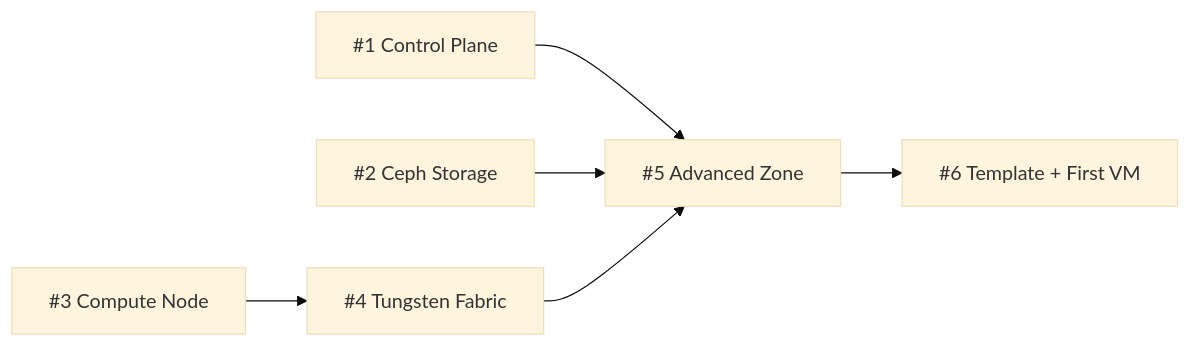
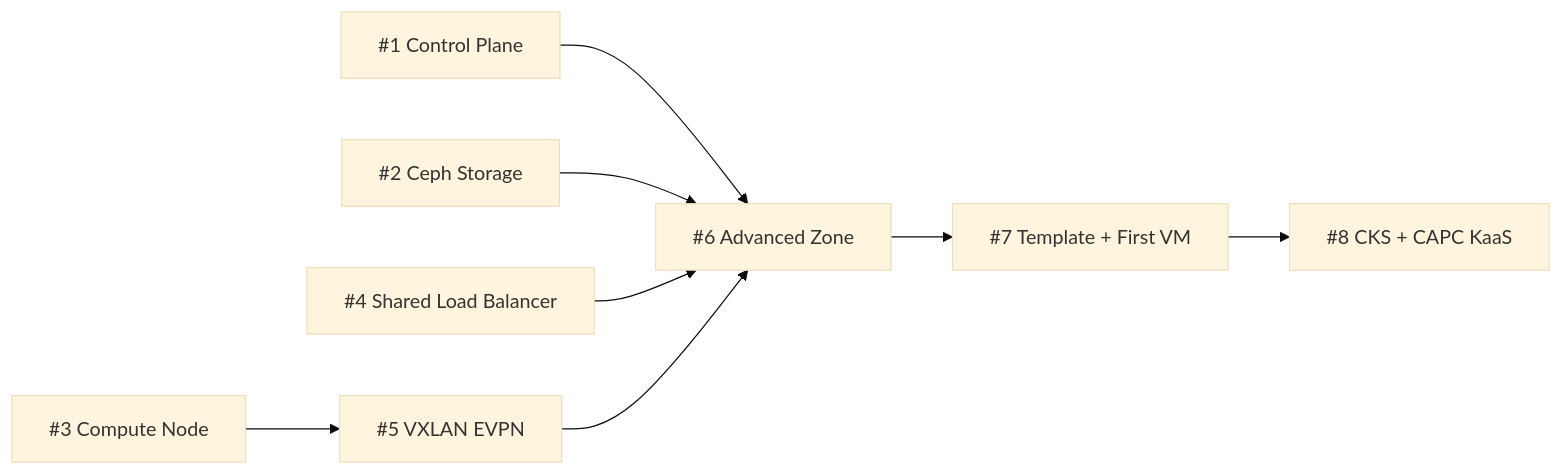
Before and after one commit to Tn9hia/technotes: the first of 2 diagrams in Cloud/Cloudstack/lab/CloudStack Production Cluster - Lab Series Overview.md, drawn with Mermaid (base theme). The commit also changed other lines of this file and 41 other files, not shown here.

````diff
--- a/Cloud/Cloudstack/lab/CloudStack Production Cluster - Lab Series Overview.md
+++ b/Cloud/Cloudstack/lab/CloudStack Production Cluster - Lab Series Overview.md
@@ -28,8 +41,10 @@
 ```mermaid
 flowchart LR
-    L1["#1 Control Plane"] --> L5["#5 Advanced Zone"]
-    L2["#2 Ceph Storage"] --> L5
-    L3["#3 Compute Node"] --> L4["#4 Tungsten Fabric"]
-    L4 --> L5
-    L5 --> L6["#6 Template + First VM"]
+    L1["#1 Control Plane"] --> L6["#6 Advanced Zone"]
+    L2["#2 Ceph Storage"] --> L6
+    L3["#3 Compute Node"] --> L5["#5 VXLAN EVPN"]
+    L4["#4 Shared Load Balancer"] --> L6
+    L5 --> L6
+    L6 --> L7["#7 Template + First VM"]
+    L7 --> L8["#8 CKS + CAPC KaaS"]
 ```
````
